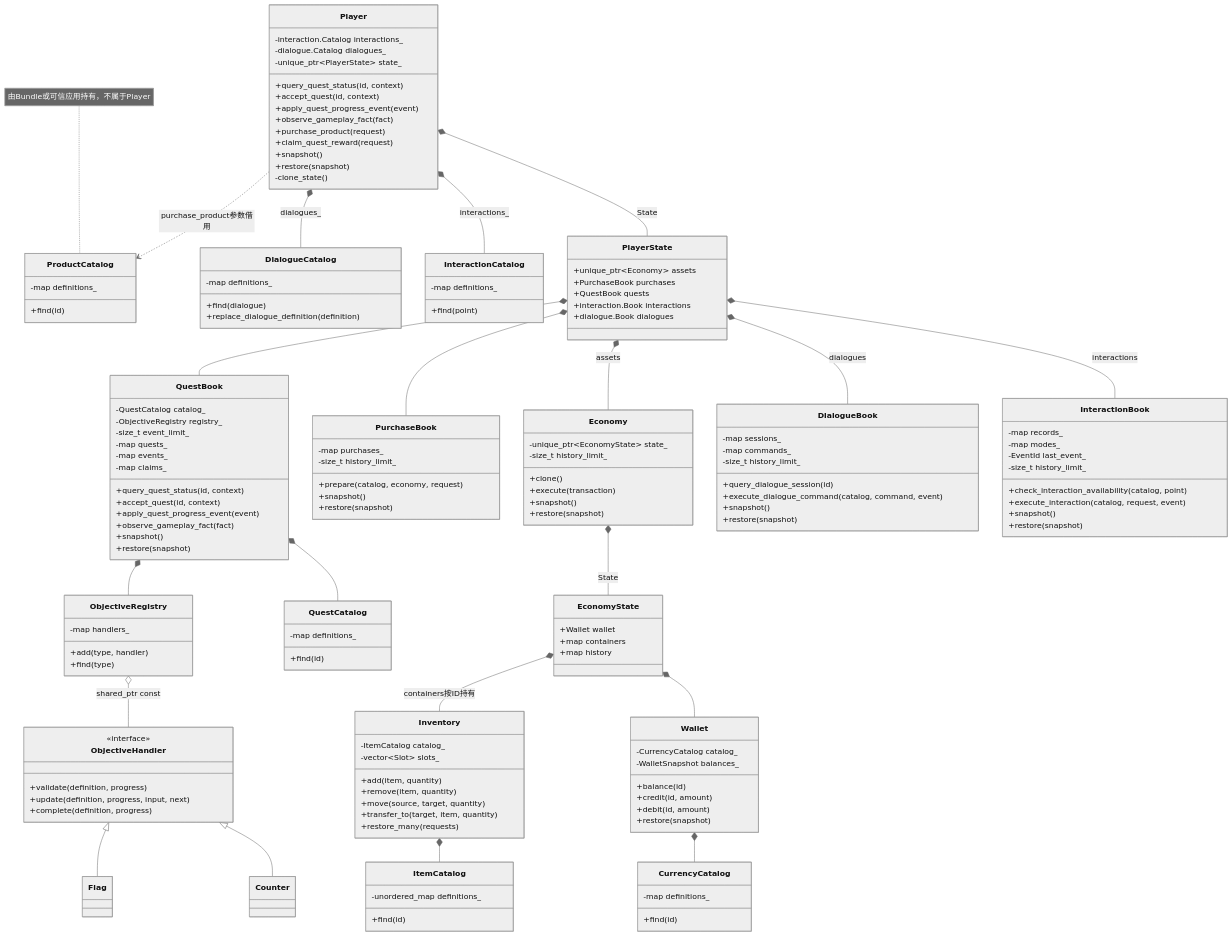
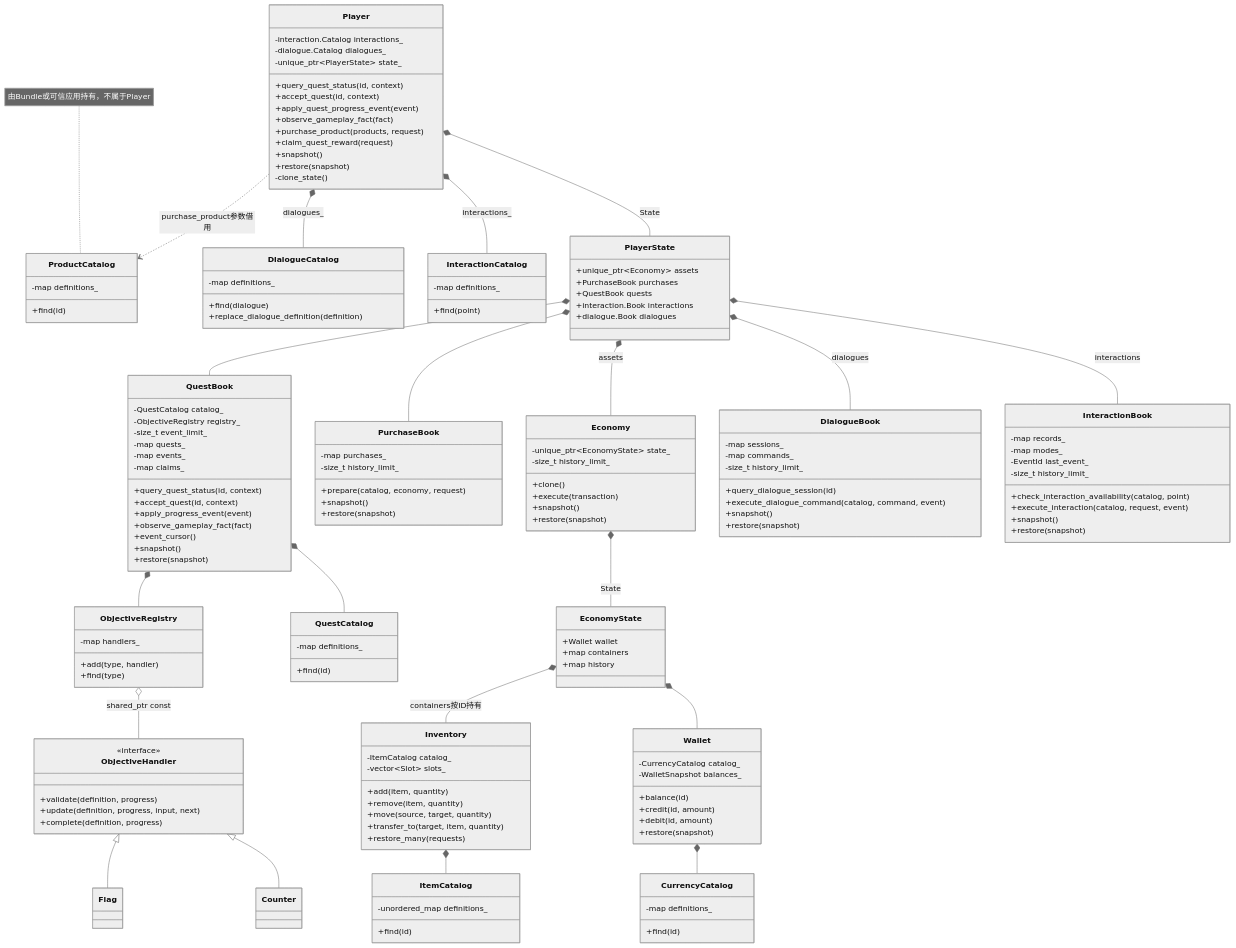
The second of 8 diagrams in docs/architecture-details.md (Cheems-life/game-systems-toolkit), drawn with Mermaid (neutral theme) before and after one commit. The commit also changed other lines of this file and 2 other files, not shown here.

Commit message:
docs: redraw architecture diagrams for current player state

```diff
--- a/docs/architecture-details.md
+++ b/docs/architecture-details.md
@@ -18,7 +55,7 @@
         +accept_quest(id, context)
         +apply_quest_progress_event(event)
         +observe_gameplay_fact(fact)
-        +purchase_product(request)
+        +purchase_product(products, request)
         +claim_quest_reward(request)
         +snapshot()
         +restore(snapshot)
@@ -77,8 +114,9 @@
         -map claims_
         +query_quest_status(id, context)
         +accept_quest(id, context)
-        +apply_quest_progress_event(event)
+        +apply_progress_event(event)
         +observe_gameplay_fact(fact)
+        +event_cursor()
         +snapshot()
         +restore(snapshot)
     }
```
